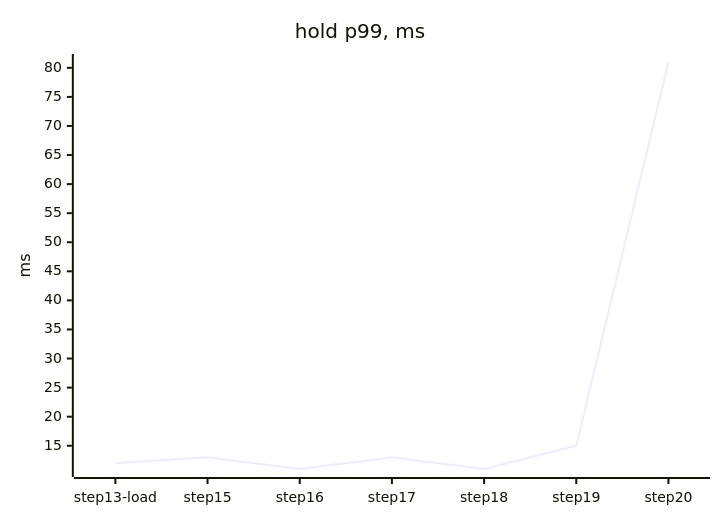
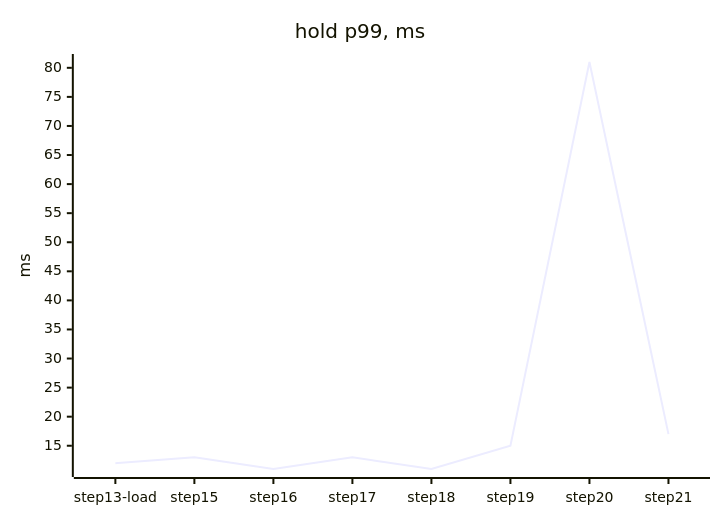
Before and after one commit to tanvoid0/ledgerflow: the second of 4 diagrams in docs/perf/README.md, drawn with Mermaid. The commit also changed other lines of this file and 6 other files, not shown here.

````diff
--- a/docs/perf/README.md
+++ b/docs/perf/README.md
@@ -47,7 +49,7 @@
 ```mermaid
 xychart-beta
     title "hold p99, ms"
-    x-axis ["step13-load", "step15", "step16", "step17", "step18", "step19", "step20"]
+    x-axis ["step13-load", "step15", "step16", "step17", "step18", "step19", "step20", "step21"]
     y-axis "ms"
-    line [12, 13, 11, 13, 11, 15, 81]
+    line [12, 13, 11, 13, 11, 15, 81, 17]
 ```
````
